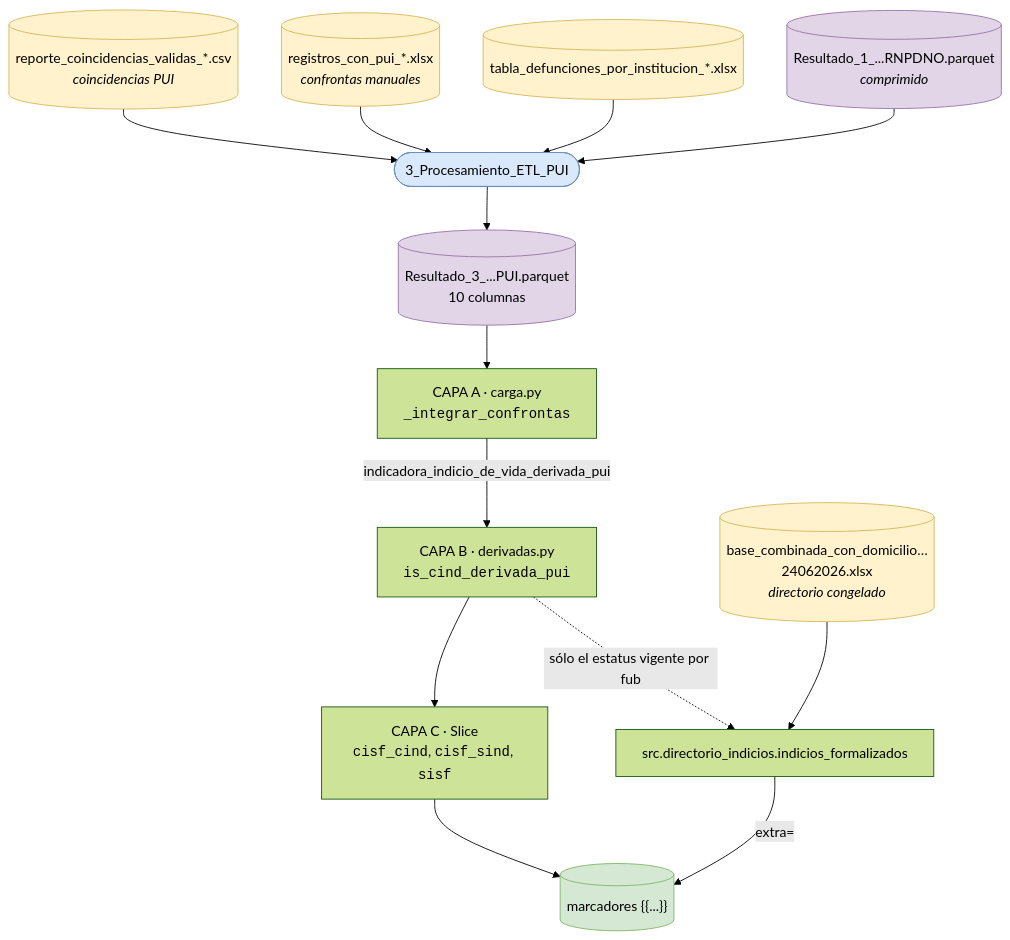
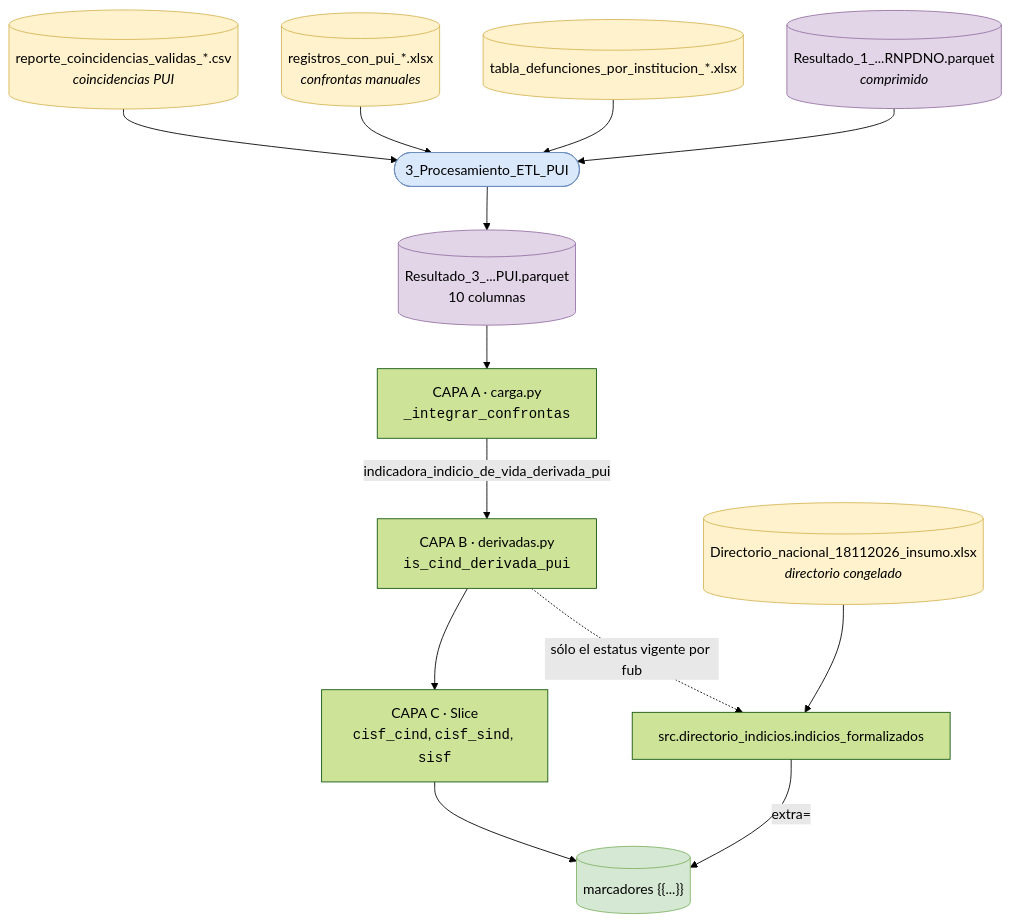
One commit to LuisAlbertoRT/desaparecidos_ajustada changed the first of 2 diagrams in docs/8_indicios_de_vida.md. Above: the diagram before and after it, drawn with Mermaid (forest theme). The commit also changed other lines of this file and 104 other files, not shown here.

````diff
--- a/docs/8_indicios_de_vida.md
+++ b/docs/8_indicios_de_vida.md
@@ -23,22 +23,22 @@
 ```mermaid
 graph TD
     classDef fuente fill:#fff2cc,stroke:#d6b656,color:#000;
     classDef nb fill:#dae8fc,stroke:#6c8ebf,color:#000;
     classDef art fill:#e1d5e7,stroke:#9673a6,color:#000;
     classDef sal fill:#d5e8d4,stroke:#82b366,color:#000;
 
     C[("reporte_coincidencias_validas_*.csv<br><i>coincidencias PUI</i>")]:::fuente --> N3
     R[("registros_con_pui_*.xlsx<br><i>confrontas manuales</i>")]:::fuente --> N3
     D[("tabla_defunciones_por_institucion_*.xlsx")]:::fuente --> N3
     P1[("Resultado_1_...RNPDNO.parquet<br><i>comprimido</i>")]:::art --> N3
 
     N3(["3_Procesamiento_ETL_PUI"]):::nb --> P3[("Resultado_3_...PUI.parquet<br>10 columnas")]:::art
     P3 --> CA["CAPA A · carga.py<br><code>_integrar_confrontas</code>"]
     CA -->|indicadora_indicio_de_vida_derivada_pui| CB["CAPA B · derivadas.py<br><code>is_cind_derivada_pui</code>"]
     CB --> S["CAPA C · Slice<br><code>cisf_cind</code>, <code>cisf_sind</code>, <code>sisf</code>"]
     S --> M[("marcadores {{...}}")]:::sal
 
-    DIR[("base_combinada_con_domicilio…24062026.xlsx<br><i>directorio congelado</i>")]:::fuente --> IF["src.directorio_indicios.indicios_formalizados"]
+    DIR[("Directorio_nacional_18112026_insumo.xlsx<br><i>directorio congelado</i>")]:::fuente --> IF["src.directorio_indicios.indicios_formalizados"]
     CB -.->|sólo el estatus vigente por fub| IF
     IF -->|extra=| M
 ```
````
